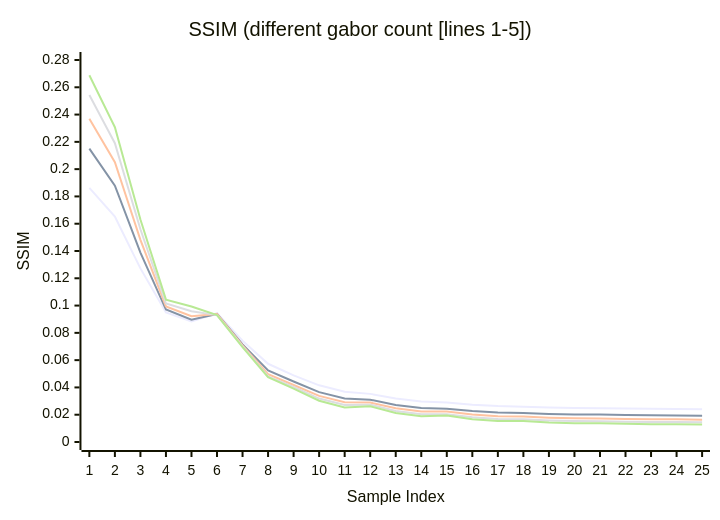
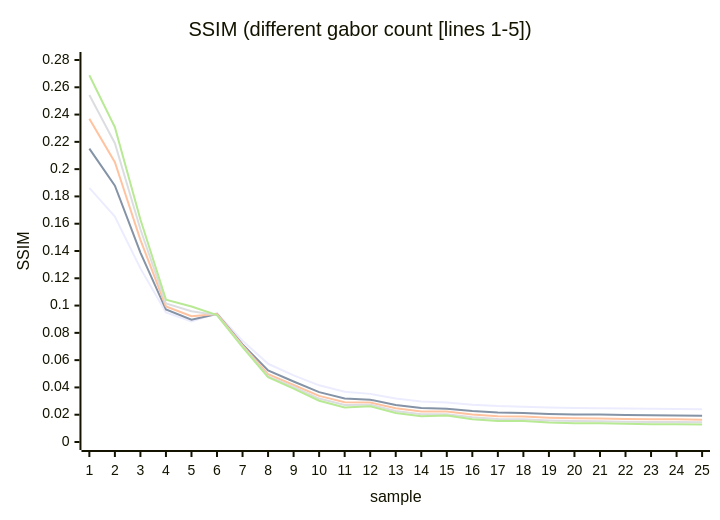
One commit to VENUSXK/pages changed the tenth of 13 diagrams in content/docs/GaborRT/exp_2_gabor_fields_rendering_performance_analysis_and_ablation_studies.mdx. Above: the diagram before and after it, drawn with Mermaid. The commit also changed other lines of this file and 2 other files, not shown here.

````diff
--- a/content/docs/GaborRT/exp_2_gabor_fields_rendering_performance_analysis_and_ablation_studies.mdx
+++ b/content/docs/GaborRT/exp_2_gabor_fields_rendering_performance_analysis_and_ablation_studies.mdx
@@ -951,11 +915,11 @@
 ```mermaid
 xychart-beta
     title "SSIM (different gabor count [lines 1-5])"
-    x-axis "Sample Index" [1, 2, 3, 4, 5, 6, 7, 8, 9, 10, 11, 12, 13, 14, 15, 16, 17, 18, 19, 20, 21, 22, 23, 24, 25]
+    x-axis "sample" [1, 2, 3, 4, 5, 6, 7, 8, 9, 10, 11, 12, 13, 14, 15, 16, 17, 18, 19, 20, 21, 22, 23, 24, 25]
     y-axis "SSIM" 0 --> 0.28
     line [0.18627261, 0.16521464, 0.12724923, 0.09504954, 0.08837207, 0.09439777, 0.07419335, 0.05733129, 0.04882881, 0.04155251, 0.03680317, 0.03527382, 0.03180766, 0.02969807, 0.02888384, 0.02736434, 0.02638473, 0.02591506, 0.02529900, 0.02490525, 0.02470041, 0.02452280, 0.02428373, 0.02422771, 0.02399976]
     line [0.21506754, 0.18793596, 0.13885887, 0.09709554, 0.08963639, 0.09387286, 0.07156924, 0.05245121, 0.04436859, 0.03653293, 0.03193996, 0.03104052, 0.02718512, 0.02492490, 0.02437138, 0.02269749, 0.02167620, 0.02121856, 0.02060558, 0.02021424, 0.02010446, 0.01978103, 0.01958241, 0.01946030, 0.01926160]
     line [0.23696312, 0.20514579, 0.14816256, 0.09933899, 0.09216306, 0.09384361, 0.07073049, 0.04979899, 0.04175362, 0.03378860, 0.02909334, 0.02894145, 0.02468552, 0.02236710, 0.02241545, 0.02011582, 0.01893514, 0.01867755, 0.01784163, 0.01737036, 0.01724721, 0.01691170, 0.01670058, 0.01663337, 0.01638142]
     line [0.25431898, 0.21899575, 0.15597655, 0.10155344, 0.09585905, 0.09300633, 0.07001615, 0.04813443, 0.04038644, 0.03183337, 0.02718271, 0.02739304, 0.02275313, 0.02036523, 0.02041970, 0.01810559, 0.01693022, 0.01665390, 0.01579753, 0.01532995, 0.01523419, 0.01489729, 0.01469681, 0.01473704, 0.01445536]
     line [0.26879215, 0.23072249, 0.16306464, 0.10434320, 0.09930091, 0.09303381, 0.06946556, 0.04749834, 0.03915291, 0.03025509, 0.02533011, 0.02625176, 0.02126054, 0.01880233, 0.01933524, 0.01668774, 0.01536068, 0.01538645, 0.01431581, 0.01377790, 0.01369626, 0.01331912, 0.01309075, 0.01308943, 0.01280717]
 ```
````
